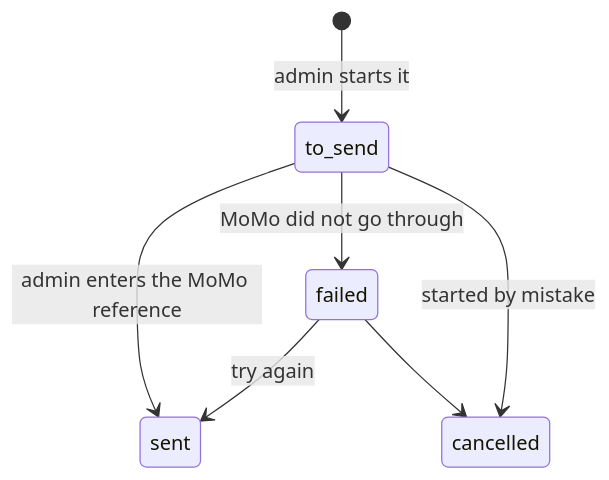
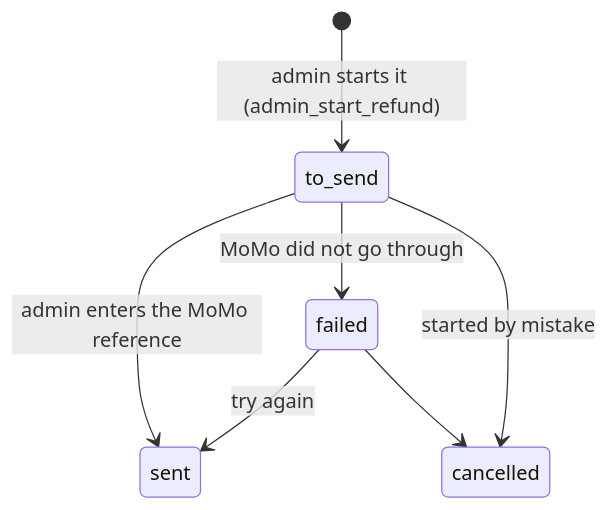
One commit to tangaza360-max/unipicks changed the tenth of 10 diagrams in docs/architecture/04-lifecycles.md. Above: the diagram before and after it, drawn with Mermaid. The commit also changed other lines of this file and 8 other files, not shown here.

````diff
--- a/docs/architecture/04-lifecycles.md
+++ b/docs/architecture/04-lifecycles.md
@@ -152,9 +153,9 @@
 ```mermaid
 stateDiagram-v2
-  [*] --> to_send: admin starts it
+  [*] --> to_send: admin starts it (admin_start_refund)
   to_send --> sent: admin enters the MoMo reference
   to_send --> failed: MoMo did not go through
   failed --> sent: try again
   to_send --> cancelled: started by mistake
   failed --> cancelled
 ```
````
